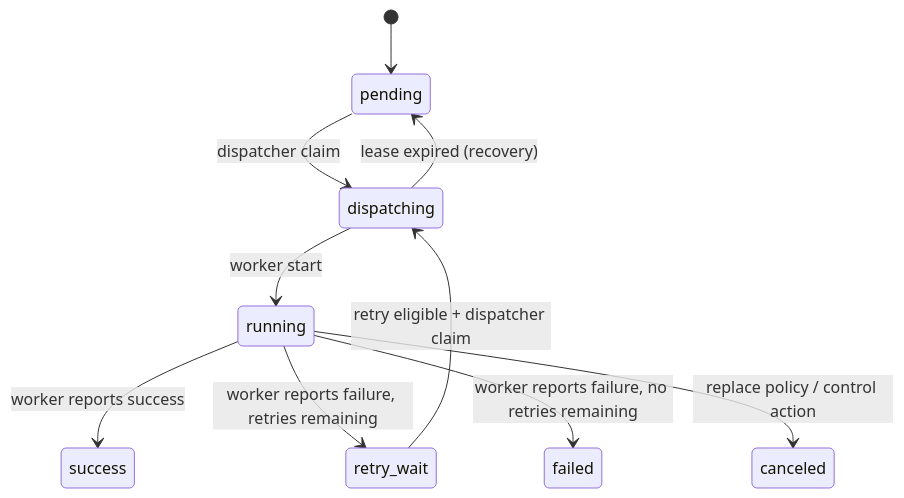
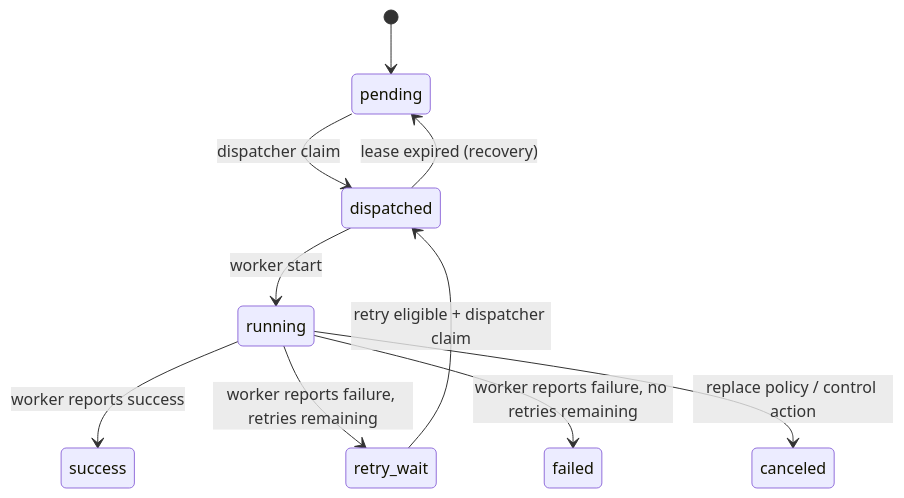
One commit to s3loy/orbitjob changed the second of 2 diagrams in docs/execution-plane.md. Above: the diagram before and after it, drawn with Mermaid. The commit also changed other lines of this file and 22 other files, not shown here.

````diff
--- a/docs/execution-plane.md
+++ b/docs/execution-plane.md
@@ -53,12 +51,12 @@
 ```mermaid
 stateDiagram-v2
     [*] --> pending
-    pending --> dispatching: dispatcher claim
-    retry_wait --> dispatching: retry eligible + dispatcher claim
-    dispatching --> running: worker start
-    dispatching --> pending: lease expired (recovery)
+    pending --> dispatched: dispatcher claim
+    retry_wait --> dispatched: retry eligible + dispatcher claim
+    dispatched --> running: worker start
+    dispatched --> pending: lease expired (recovery)
     running --> success: worker reports success
     running --> retry_wait: worker reports failure, retries remaining
     running --> failed: worker reports failure, no retries remaining
     running --> canceled: replace policy / control action
 ```
````
